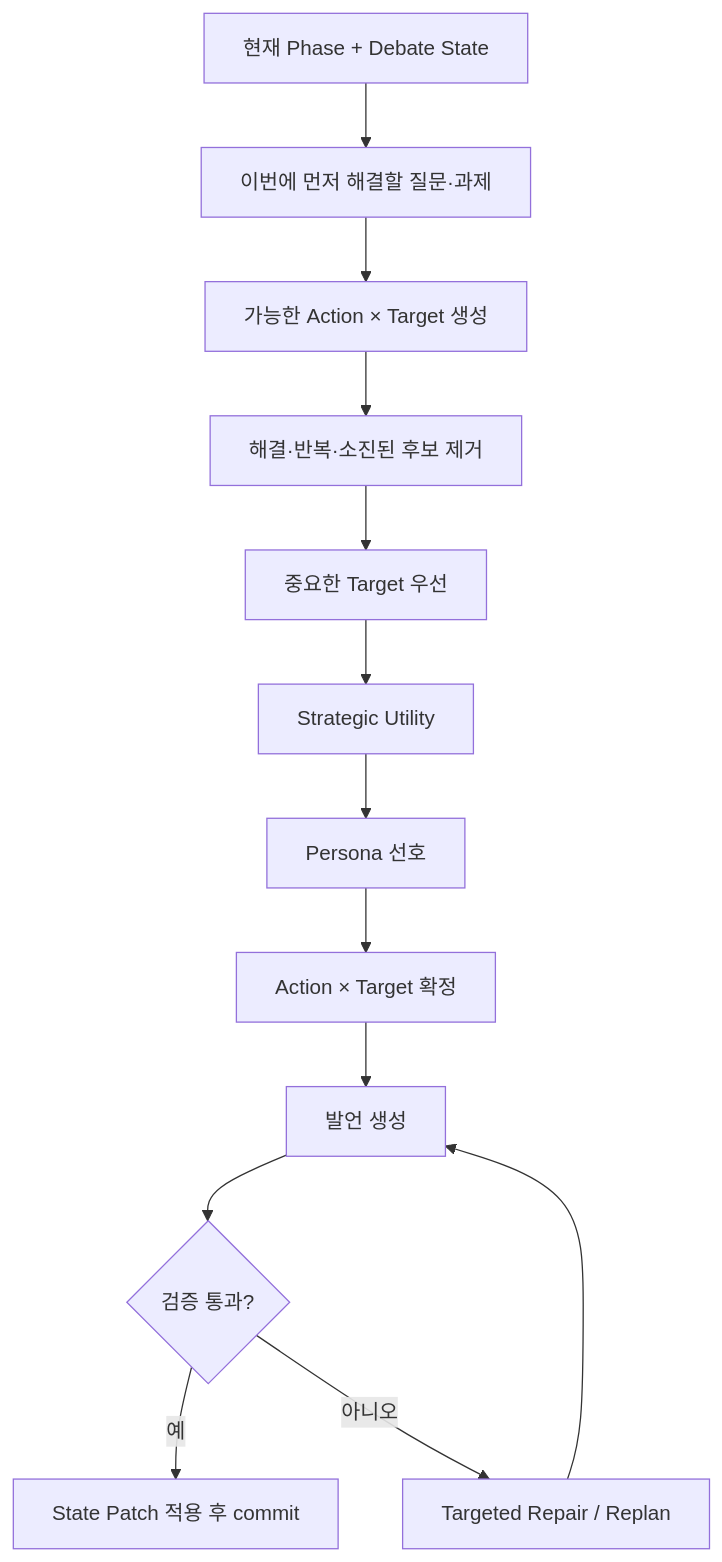
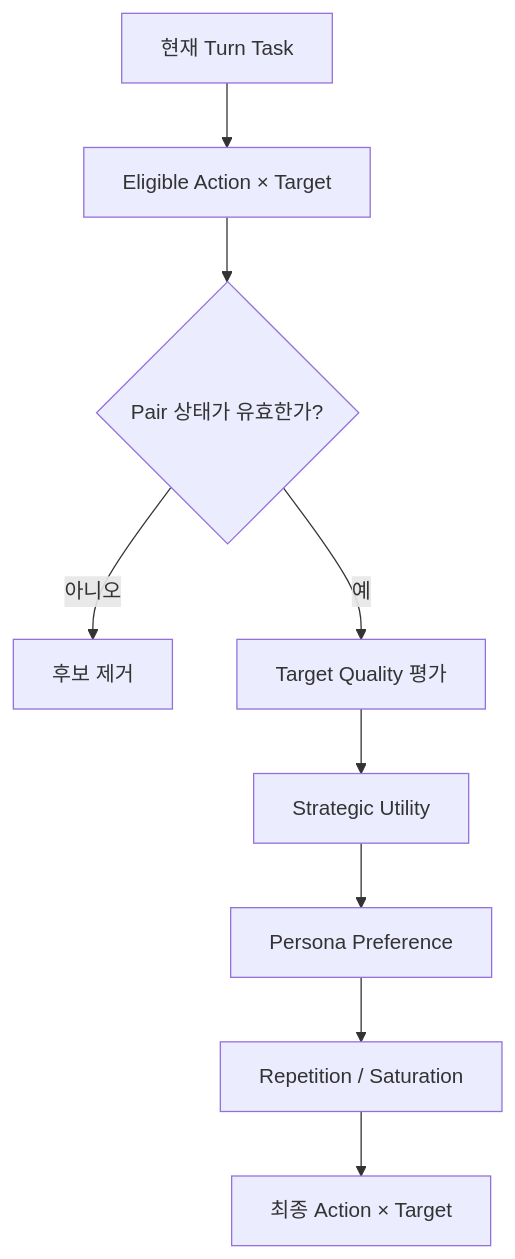
The fifth of 9 diagrams in README.md (hodob/A1-3), drawn with Mermaid before and after one commit. The commit also changed other lines of this file, not shown here.

Commit message:
Restore multi-view README architecture diagrams

````diff
--- a/README.md
+++ b/README.md
@@ -107,15 +261,12 @@
 ```mermaid
 flowchart TD
-    A[현재 Phase + Debate State] --> B[이번에 먼저 해결할 질문·과제]
-    B --> C[가능한 Action × Target 생성]
-    C --> D[해결·반복·소진된 후보 제거]
-    D --> E[중요한 Target 우선]
-    E --> F[Strategic Utility]
-    F --> G[Persona 선호]
-    G --> H[Action × Target 확정]
-    H --> I[발언 생성]
-    I --> J{검증 통과?}
-    J -->|예| K[State Patch 적용 후 commit]
-    J -->|아니오| L[Targeted Repair / Replan]
-    L --> I
+    A[현재 Turn Task] --> B[Eligible Action × Target]
+    B --> C{Pair 상태가 유효한가?}
+    C -->|아니오| Z[후보 제거]
+    C -->|예| D[Target Quality 평가]
+
+    D --> E[Strategic Utility]
+    E --> F[Persona Preference]
+    F --> G[Repetition / Saturation]
+    G --> H[최종 Action × Target]
 ```
````
